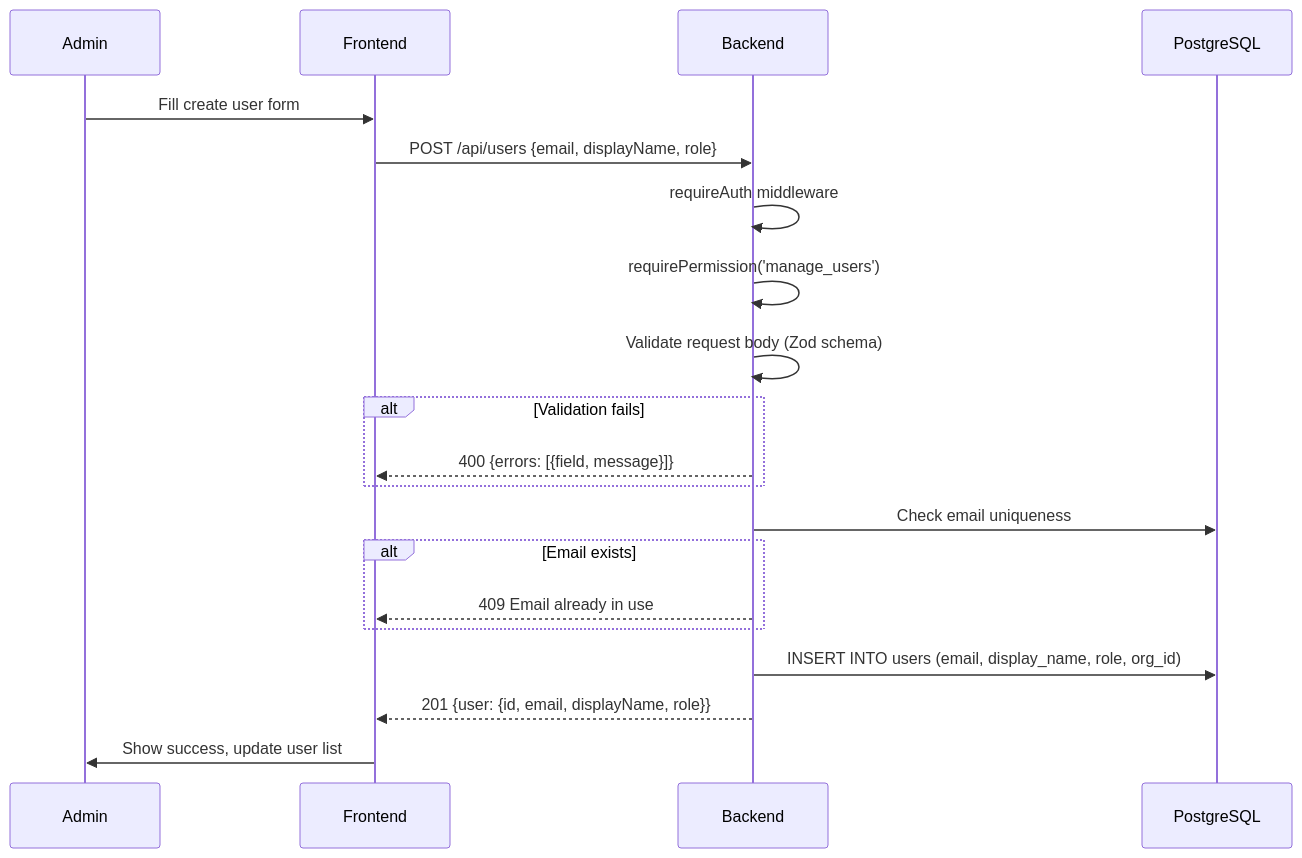
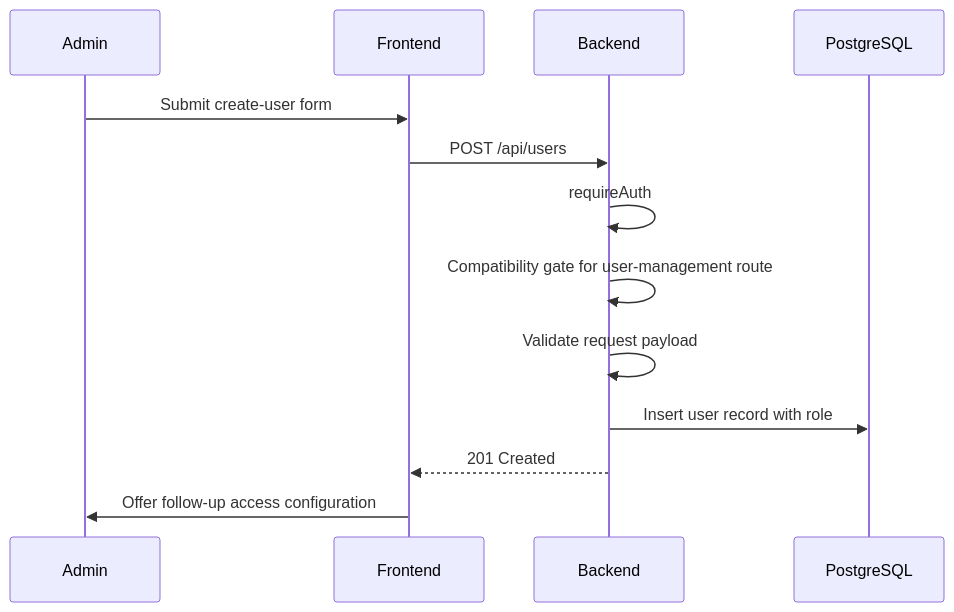
One commit to b-knowledge-solution/b-knowledge changed the first of 4 diagrams in docs/detail-design/user-team/user-management-detail.md. Above: the diagram before and after it, drawn with Mermaid. The commit also changed other lines of this file and 2 other files, not shown here.

First line of the commit message:
docs(09-04): rewrite user and team permission flows

````diff
--- a/docs/detail-design/user-team/user-management-detail.md
+++ b/docs/detail-design/user-team/user-management-detail.md
@@ -9,27 +16,16 @@
 ```mermaid
 sequenceDiagram
     participant Admin
-    participant Frontend
-    participant Backend
+    participant FE as Frontend
+    participant BE as Backend
     participant DB as PostgreSQL
 
-    Admin->>Frontend: Fill create user form
-    Frontend->>Backend: POST /api/users {email, displayName, role}
-
-    Backend->>Backend: requireAuth middleware
-    Backend->>Backend: requirePermission('manage_users')
-
-    Backend->>Backend: Validate request body (Zod schema)
-    alt Validation fails
-        Backend-->>Frontend: 400 {errors: [{field, message}]}
-    end
-
-    Backend->>DB: Check email uniqueness
-    alt Email exists
-        Backend-->>Frontend: 409 Email already in use
-    end
-
-    Backend->>DB: INSERT INTO users (email, display_name, role, org_id)
-    Backend-->>Frontend: 201 {user: {id, email, displayName, role}}
-    Frontend->>Admin: Show success, update user list
+    Admin->>FE: Submit create-user form
+    FE->>BE: POST /api/users
+    BE->>BE: requireAuth
+    BE->>BE: Compatibility gate for user-management route
+    BE->>BE: Validate request payload
+    BE->>DB: Insert user record with role
+    BE-->>FE: 201 Created
+    FE->>Admin: Offer follow-up access configuration
 ```
````
